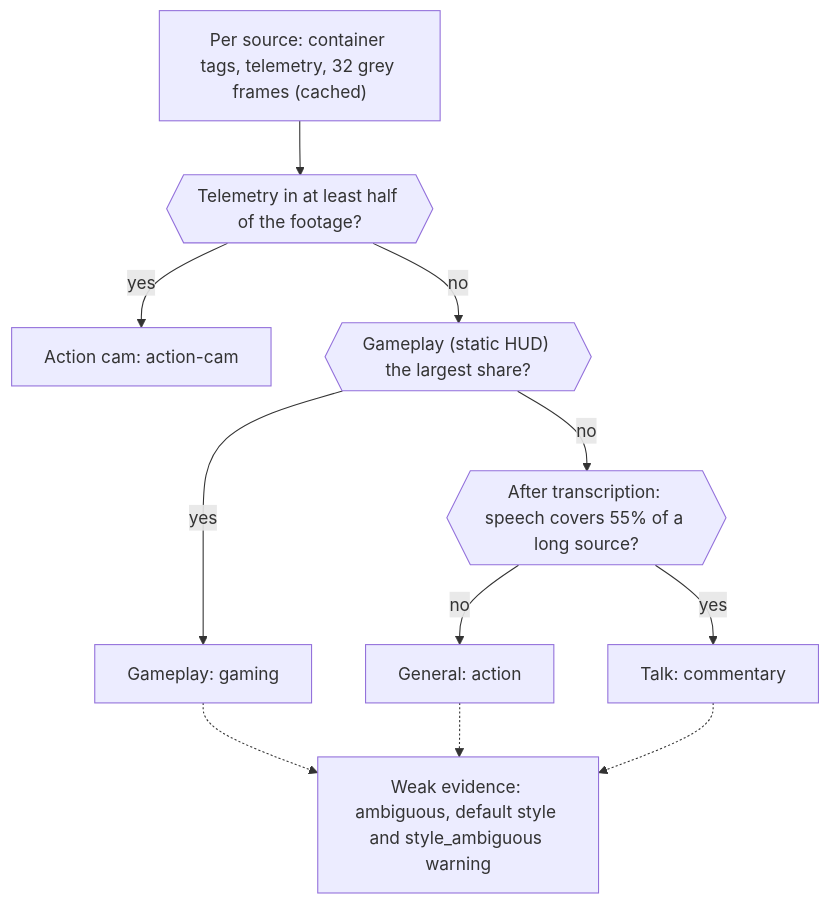
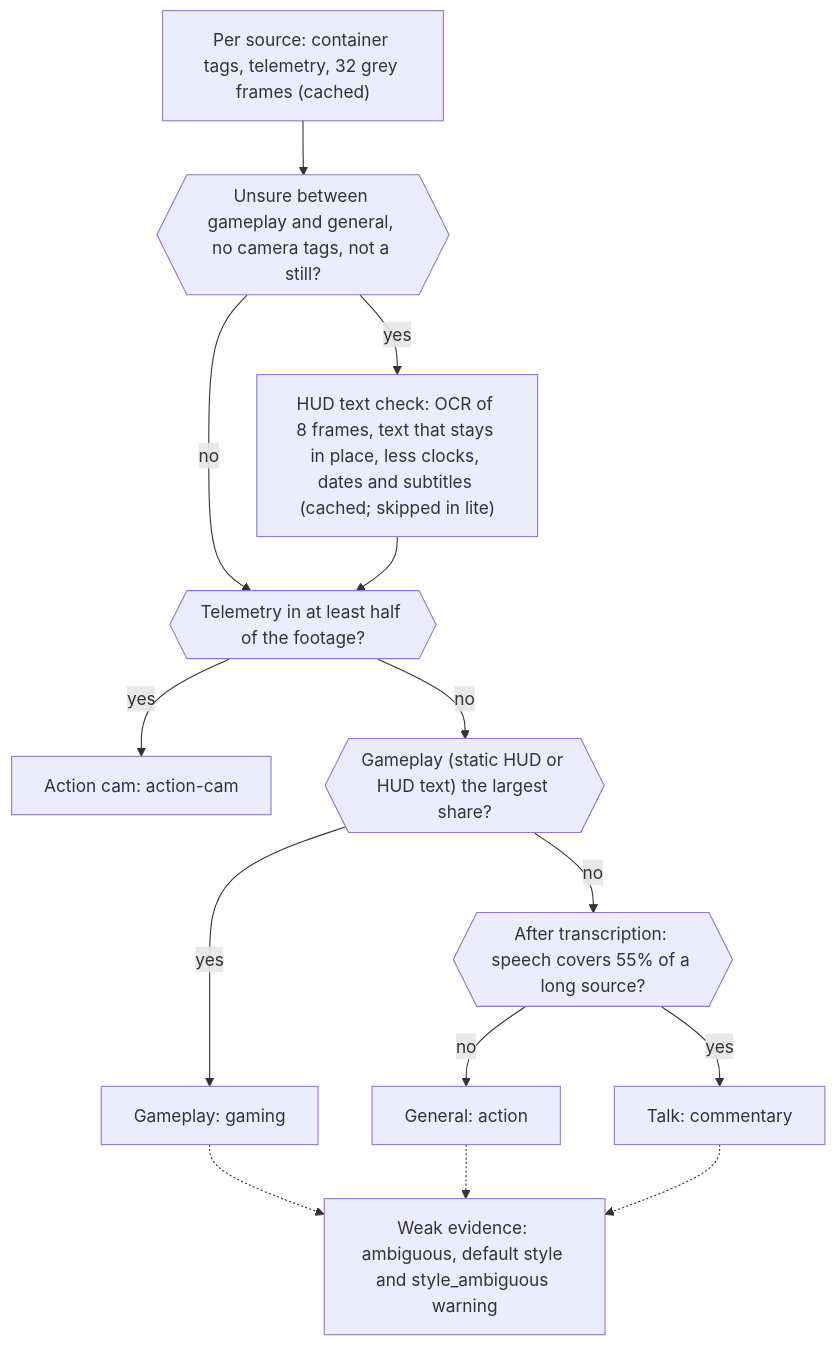
One commit to FerventOrange/cutpoint changed the third of 3 diagrams in docs/pipeline.md. Above: the diagram before and after it, drawn with Mermaid. The commit also changed other lines of this file and 6 other files, not shown here.

First line of the commit message:
feat: OCR HUD-text check for unsure sources in --style auto

````diff
--- a/docs/pipeline.md
+++ b/docs/pipeline.md
@@ -100,15 +100,19 @@
 ```mermaid
 flowchart TD
     P["Per source: container tags, telemetry, 32 grey frames (cached)"]
-    P --> T{{"Telemetry in at least half of the footage?"}}
+    P --> U{{"Unsure between gameplay and general, no camera tags, not a still?"}}
+    U -->|yes| OCR["HUD text check: OCR of 8 frames, text that stays in place, less clocks, dates and subtitles (cached; skipped in lite)"]
+    U -->|no| T
+    OCR --> T
+    T{{"Telemetry in at least half of the footage?"}}
     T -->|yes| AC["Action cam: action-cam"]
-    T -->|no| G{{"Gameplay (static HUD) the largest share?"}}
+    T -->|no| G{{"Gameplay (static HUD or HUD text) the largest share?"}}
     G -->|yes| GP["Gameplay: gaming"]
     G -->|no| S{{"After transcription: speech covers 55% of a long source?"}}
     S -->|yes| TK["Talk: commentary"]
     S -->|no| GE["General: action"]
     AMB["Weak evidence: ambiguous, default style and style_ambiguous warning"]
     GP -.-> AMB
     GE -.-> AMB
     TK -.-> AMB
 ```
````
